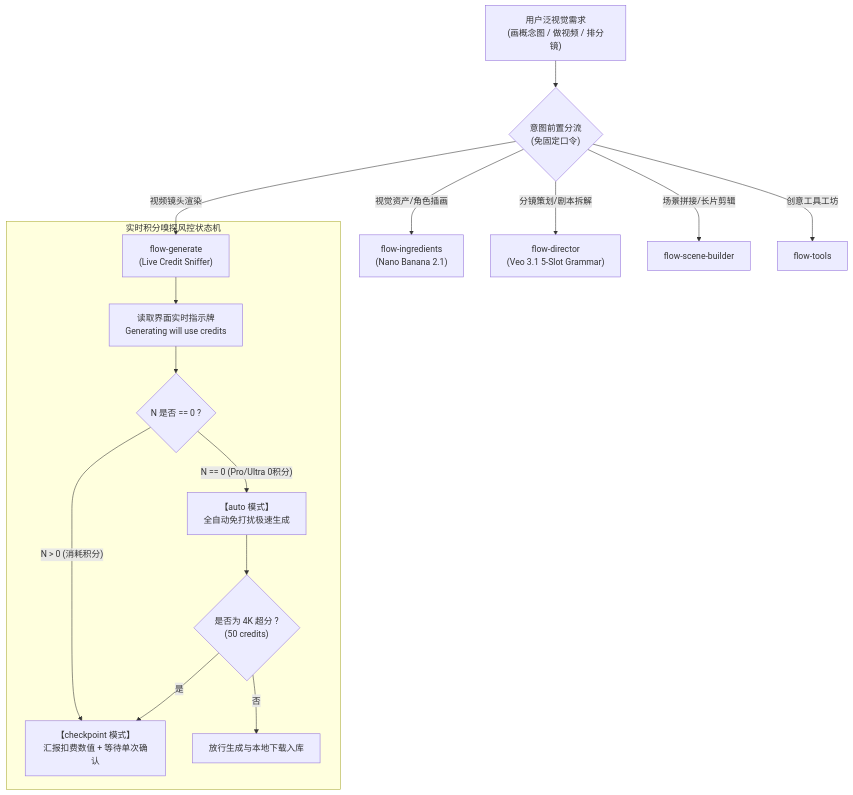
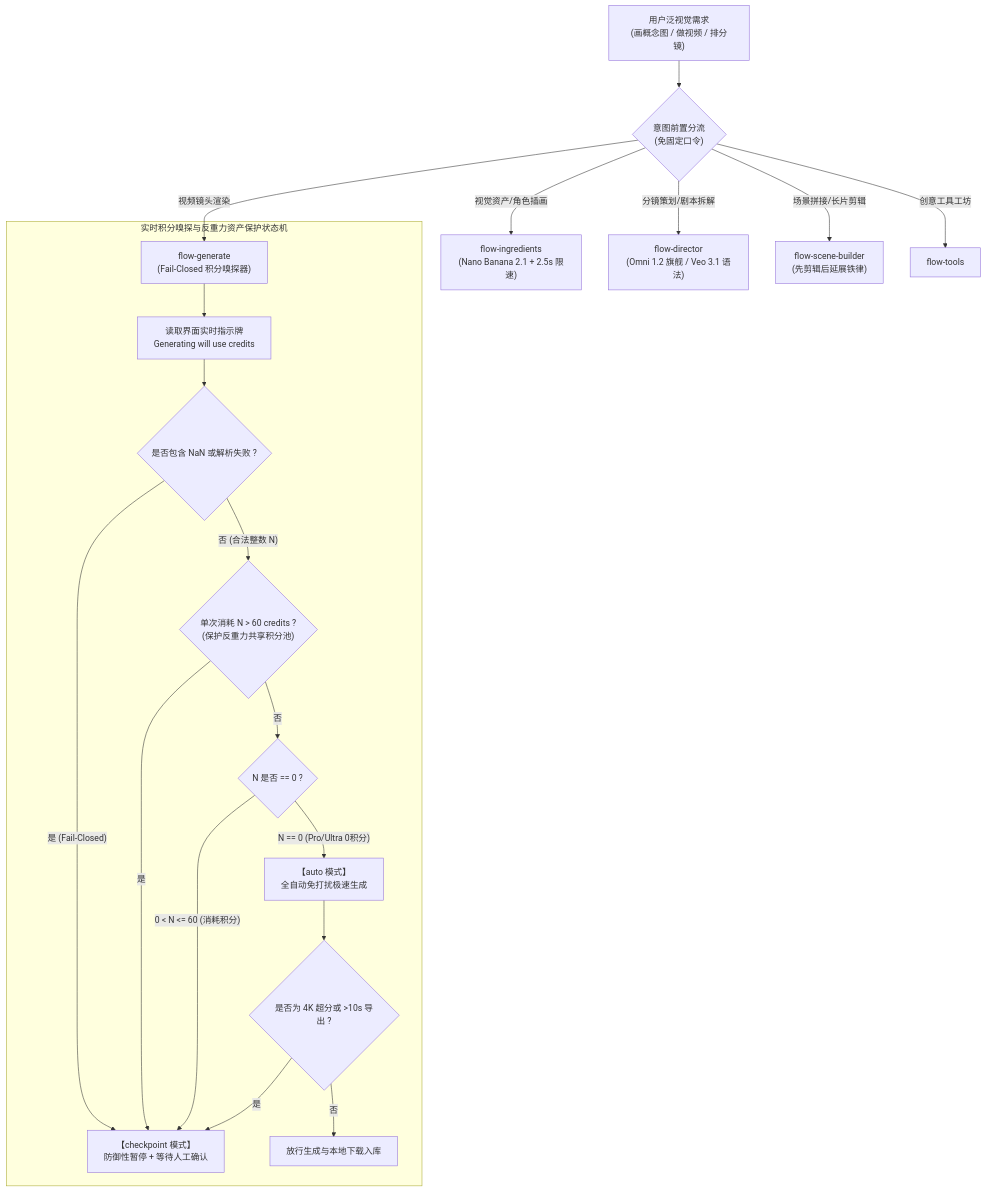
The diagram in README.md (qq136692547-cmyk/antigravity-flow), drawn with Mermaid before and after one commit. The commit also changed other lines of this file and 12 other files, not shown here.

Commit message:
feat: release v0.3.1 with fail-closed credit sniffer and live grounding safeguards

````diff
--- a/README.md
+++ b/README.md
@@ -136,19 +142,23 @@
 ```mermaid
 flowchart TD
     User["用户泛视觉需求\n(画概念图 / 做视频 / 排分镜)"] --> Router{"意图前置分流\n(免固定口令)"}
-    Router -->|"视觉资产/角色插画"| Ing["flow-ingredients\n(Nano Banana 2.1)"]
-    Router -->|"分镜策划/剧本拆解"| Dir["flow-director\n(Veo 3.1 5-Slot Grammar)"]
-    Router -->|"视频镜头渲染"| Gen["flow-generate\n(Live Credit Sniffer)"]
-    Router -->|"场景拼接/长片剪辑"| Scene["flow-scene-builder"]
+    Router -->|"视觉资产/角色插画"| Ing["flow-ingredients\n(Nano Banana 2.1 + 2.5s 限速)"]
+    Router -->|"分镜策划/剧本拆解"| Dir["flow-director\n(Omni 1.2 旗舰 / Veo 3.1 语法)"]
+    Router -->|"视频镜头渲染"| Gen["flow-generate\n(Fail-Closed 积分嗅探器)"]
+    Router -->|"场景拼接/长片剪辑"| Scene["flow-scene-builder\n(先剪辑后延展铁律)"]
     Router -->|"创意工具工坊"| Tools["flow-tools"]
 
-    subgraph SnifferLogic ["实时积分嗅探风控状态机"]
+    subgraph SnifferLogic ["实时积分嗅探与反重力资产保护状态机"]
         Gen --> CheckSniffer["读取界面实时指示牌\nGenerating will use <N> credits"]
-        CheckSniffer --> CostJudge{"N 是否 == 0 ?"}
+        CheckSniffer --> NanCheck{"是否包含 NaN 或解析失败 ?"}
+        NanCheck -->|"是 (Fail-Closed)"| CheckpointMode["【checkpoint 模式】\n防御性暂停 + 等待人工确认"]
+        NanCheck -->|"否 (合法整数 N)"| CeilingCheck{"单次消耗 N > 60 credits ?\n(保护反重力共享积分池)"}
+        CeilingCheck -->|"是"| CheckpointMode
+        CeilingCheck -->|"否"| CostJudge{"N 是否 == 0 ?"}
         CostJudge -->|"N == 0 (Pro/Ultra 0积分)"| AutoMode["【auto 模式】\n全自动免打扰极速生成"]
-        CostJudge -->|"N > 0 (消耗积分)"| CheckpointMode["【checkpoint 模式】\n汇报扣费数值 + 等待单次确认"]
-        AutoMode --> UpscaleJudge{"是否为 4K 超分 ?\n(50 credits)"}
+        CostJudge -->|"0 < N <= 60 (消耗积分)"| CheckpointMode
+        AutoMode --> UpscaleJudge{"是否为 4K 超分或 >10s 导出 ?"}
         UpscaleJudge -->|"是"| CheckpointMode
         UpscaleJudge -->|"否"| Proceed["放行生成与本地下载入库"]
     end
 ```
````
